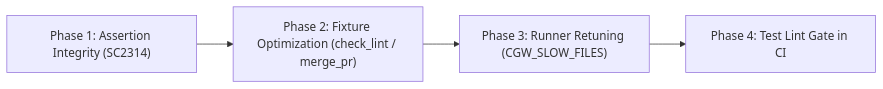
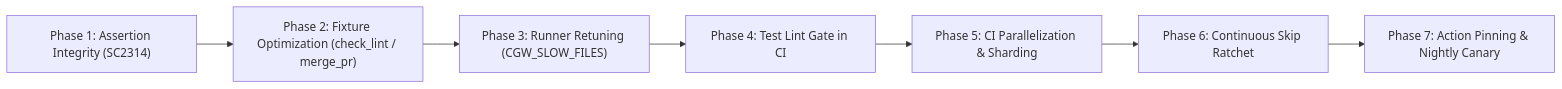
One commit to forkni/claude-git-workflow changed the diagram in TESTING_GUIDE.md. Above: the diagram before and after it, drawn with Mermaid. The commit also changed other lines of this file and 7 other files, not shown here.

Commit message:
feat(ci): harden pipeline security, parallelize gates, and add skip ratchet

````diff
--- a/TESTING_GUIDE.md
+++ b/TESTING_GUIDE.md
@@ -98,6 +98,9 @@
 ```mermaid
 flowchart LR
     P1["Phase 1: Assertion Integrity (SC2314)"] --> P2["Phase 2: Fixture Optimization (check_lint / merge_pr)"]
     P2 --> P3["Phase 3: Runner Retuning (CGW_SLOW_FILES)"]
     P3 --> P4["Phase 4: Test Lint Gate in CI"]
+    P4 --> P5["Phase 5: CI Parallelization & Sharding"]
+    P5 --> P6["Phase 6: Continuous Skip Ratchet"]
+    P6 --> P7["Phase 7: Action Pinning & Nightly Canary"]
 ```
````
